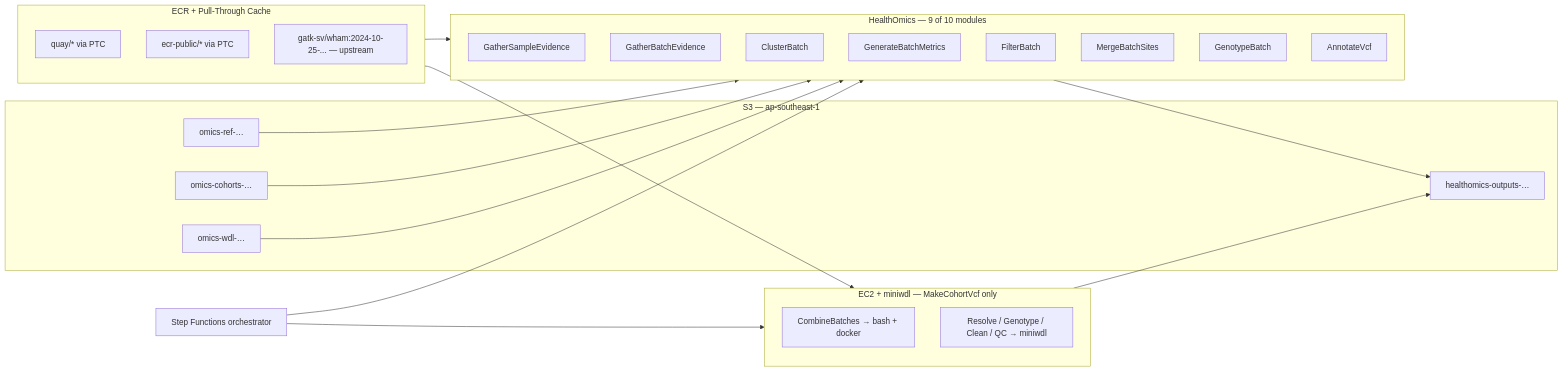
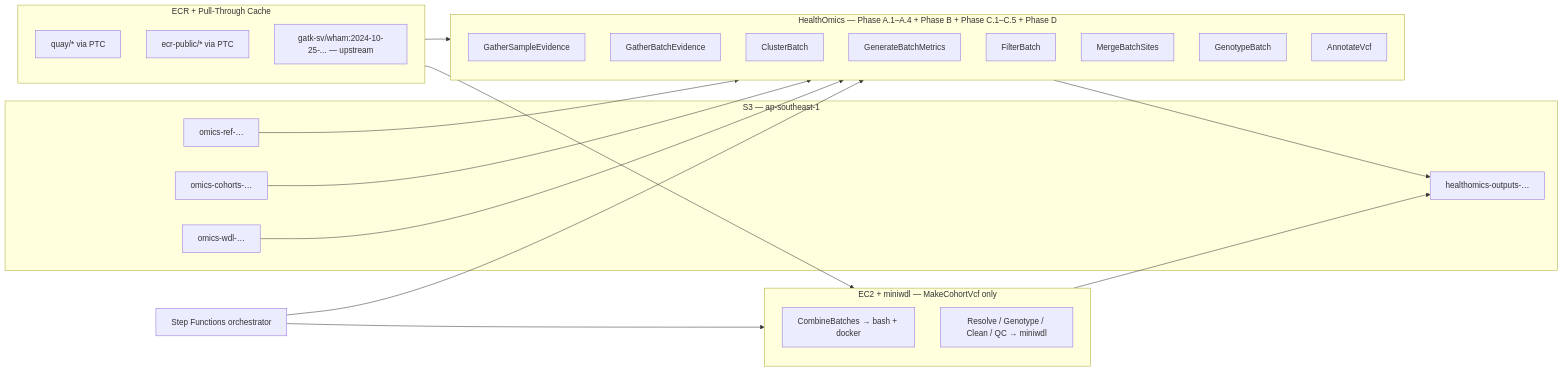
The diagram in README.md (cleewh/gatk-sv-aws), drawn with Mermaid before and after one commit. The commit also changed other lines of this file and 43 other files, not shown here.

````diff
--- a/README.md
+++ b/README.md
@@ -86,41 +86,41 @@
 ```mermaid
 flowchart LR
     subgraph S3 [S3 — ap-southeast-1]
         REF[omics-ref-…]
         COH[omics-cohorts-…]
         WDL[omics-wdl-…]
         OUT[healthomics-outputs-…]
     end
 
     subgraph ECR [ECR + Pull-Through Cache]
         QPC[quay/* via PTC]
         EPC[ecr-public/* via PTC]
         WHAM[gatk-sv/wham:2024-10-25-... — upstream]
     end
 
-    subgraph HO [HealthOmics — 9 of 10 modules]
+    subgraph HO [HealthOmics — Phase A.1–A.4 + Phase B + Phase C.1–C.5 + Phase D]
         GSE[GatherSampleEvidence]
         GBE[GatherBatchEvidence]
         CB[ClusterBatch]
         GBM[GenerateBatchMetrics]
         FB[FilterBatch]
         MBS[MergeBatchSites]
         GB[GenotypeBatch]
         AV[AnnotateVcf]
     end
 
     subgraph EC2 [EC2 + miniwdl — MakeCohortVcf only]
         CBE[CombineBatches → bash + docker]
         REM[Resolve / Genotype / Clean / QC → miniwdl]
     end
 
     SF[Step Functions orchestrator] --> HO
     SF --> EC2
     HO --> OUT
     EC2 --> OUT
     REF --> HO
     COH --> HO
     WDL --> HO
     ECR --> HO
     ECR --> EC2
 ```
````
